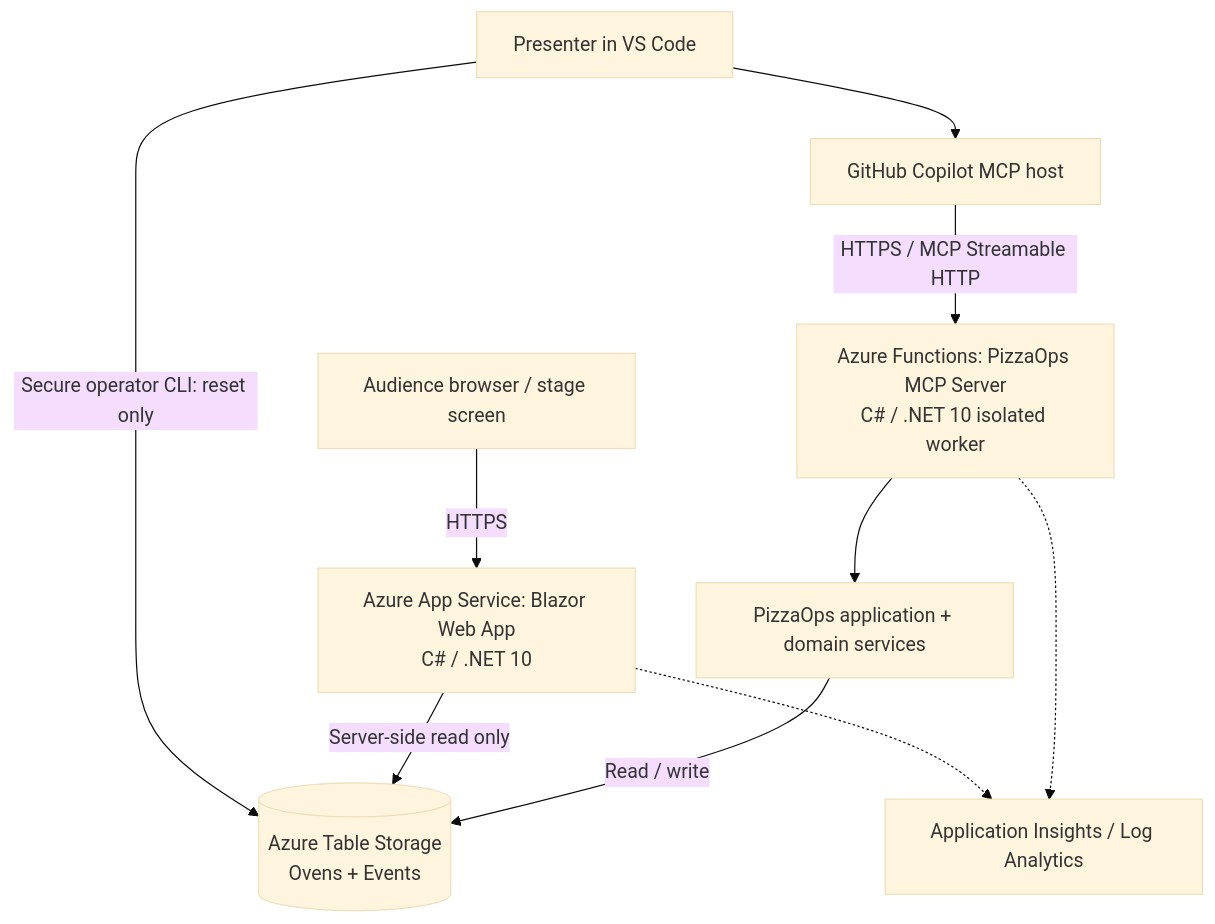
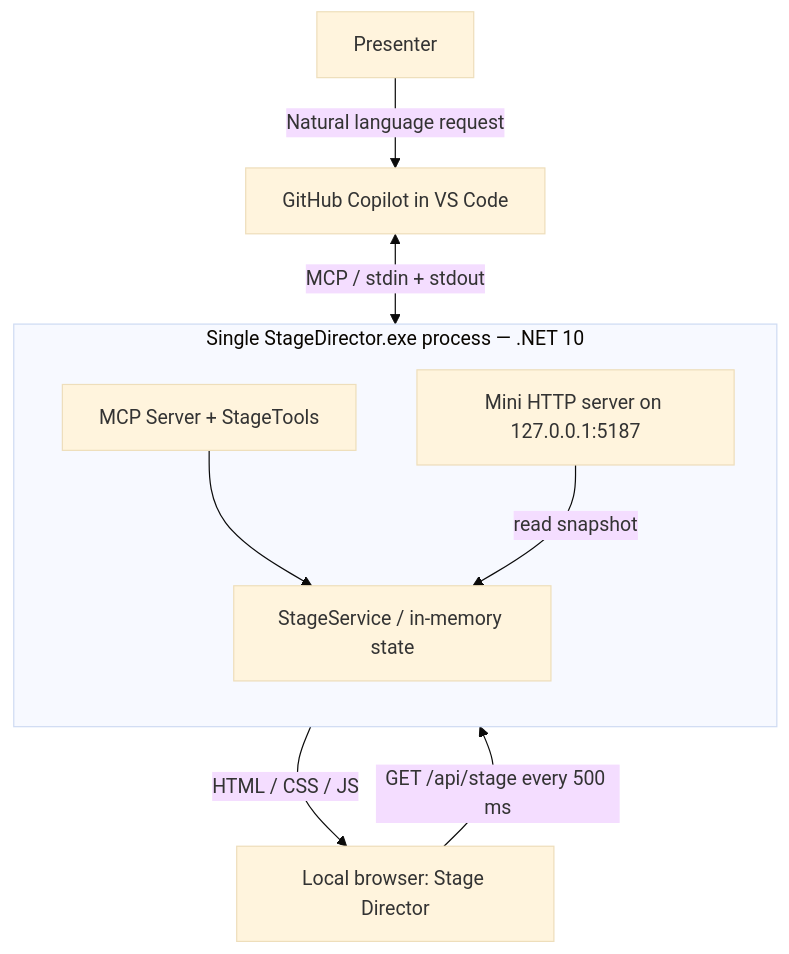
Before and after one commit to massimobonanni/MCP-Demos: the diagram in docs/descriptions/demo03.md, drawn with Mermaid (base theme). The commit also changed other lines of this file, not shown here.

````diff
--- a/docs/descriptions/demo03.md
+++ b/docs/descriptions/demo03.md
@@ -42,12 +58,15 @@
 ```mermaid
-flowchart TD
-    Presenter[Presenter in VS Code] --> Copilot[GitHub Copilot MCP host]
-    Copilot -->|HTTPS / MCP Streamable HTTP| Functions["Azure Functions: PizzaOps MCP Server<br/>C# / .NET 10 isolated worker"]
-    Functions --> Domain[PizzaOps application + domain services]
-    Domain -->|Read / write| Tables[(Azure Table Storage<br/>Ovens + Events)]
-    Audience[Audience browser / stage screen] -->|HTTPS| Web["Azure App Service: Blazor Web App<br/>C# / .NET 10"]
-    Web -->|Server-side read only| Tables
-    Presenter -->|Secure operator CLI: reset only| Tables
-    Functions -.-> Monitor[Application Insights / Log Analytics]
-    Web -.-> Monitor
+flowchart TB
+    U[Presenter] -->|Natural language request| C[GitHub Copilot in VS Code]
+    C <-->|MCP / stdin + stdout| P
+    subgraph P[Single StageDirector.exe process — .NET 10]
+        direction TB
+        T[MCP Server + StageTools]
+        S[StageService / in-memory state]
+        H[Mini HTTP server on 127.0.0.1:5187]
+        T --> S
+        H -->|read snapshot| S
+    end
+    B[Local browser: Stage Director] -->|GET /api/stage every 500 ms| H
+    H -->|HTML / CSS / JS| B
 ```
````
